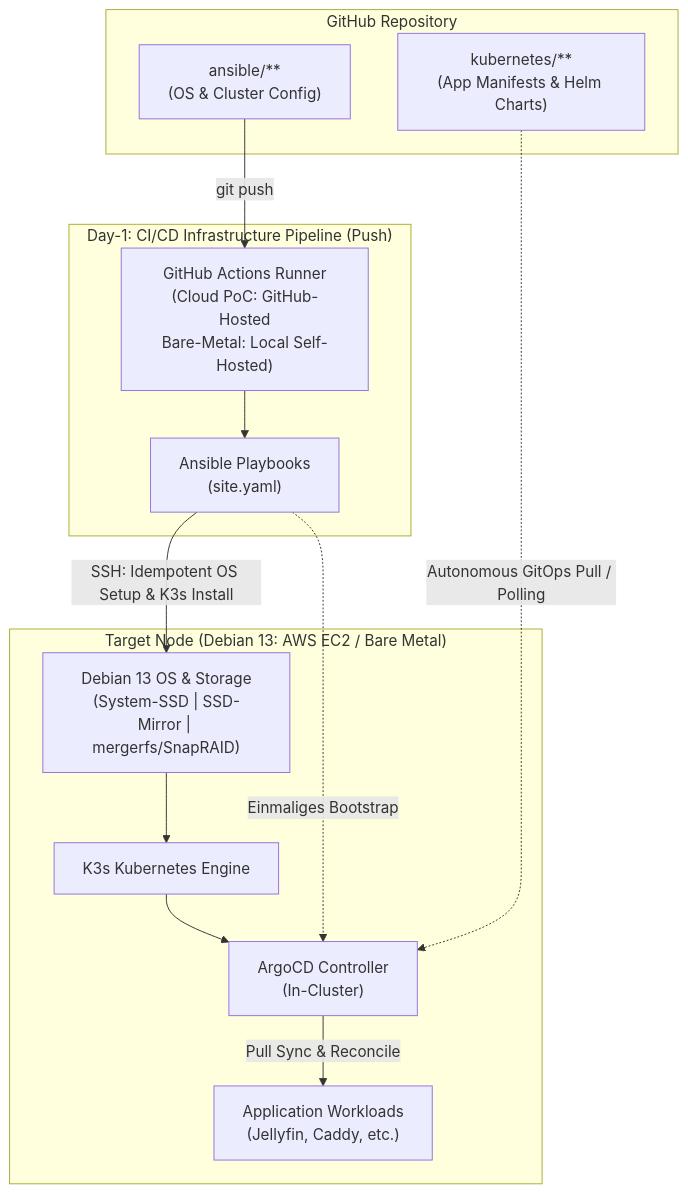
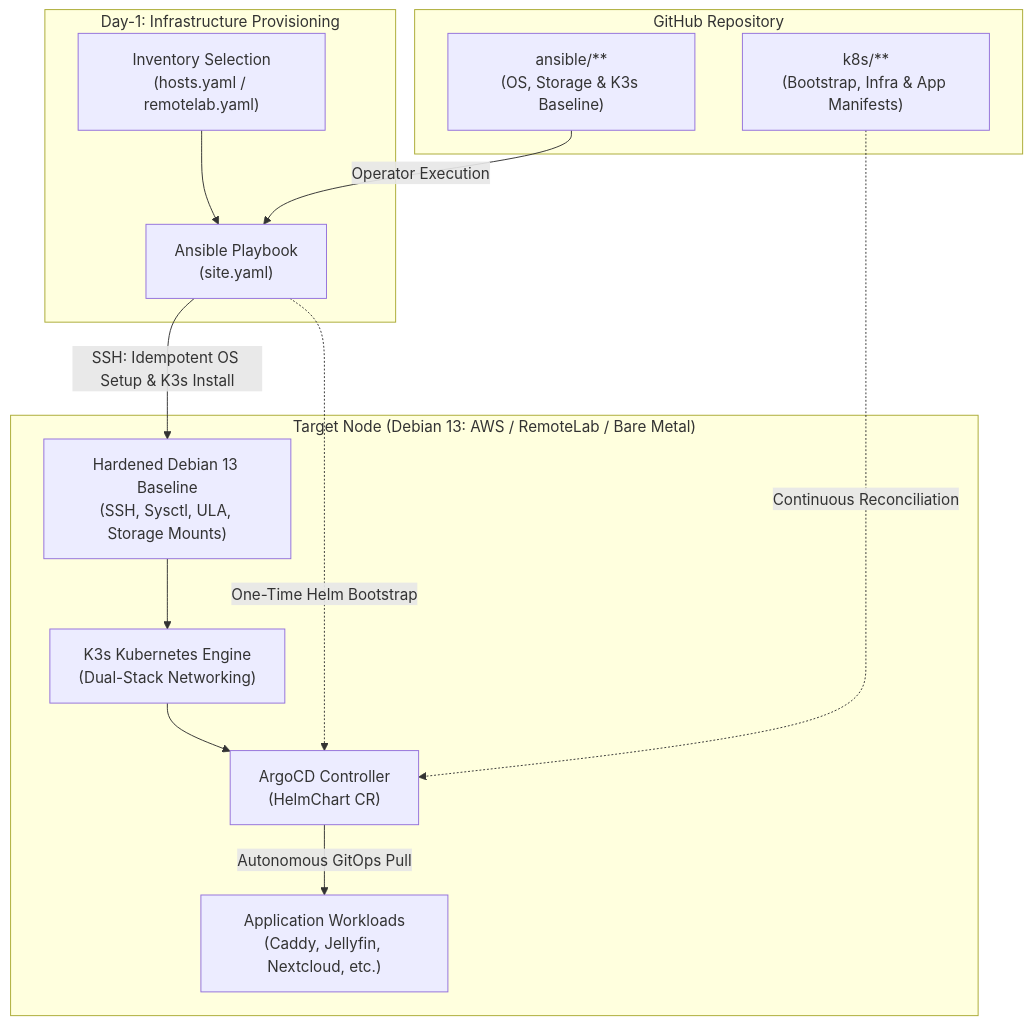
One commit to atrisko/k3s-homelab-migration changed the diagram in README.md. Above: the diagram before and after it, drawn with Mermaid. The commit also changed other lines of this file and 2 other files, not shown here.

Commit message:
docs: align README with codebase, clean up roadmap phases and eliminate language mix

````diff
--- a/README.md
+++ b/README.md
@@ -63,30 +63,30 @@
 ```mermaid
 flowchart TD
     subgraph Repo ["GitHub Repository"]
-        CodeAnsible["ansible/**<br/>(OS & Cluster Config)"]
-        CodeK8s["kubernetes/**<br/>(App Manifests & Helm Charts)"]
+        CodeAnsible["ansible/**<br/>(OS, Storage & K3s Baseline)"]
+        CodeK8s["k8s/**<br/>(Bootstrap, Infra & App Manifests)"]
     end
 
-    subgraph Day1 ["Day-1: CI/CD Infrastructure Pipeline (Push)"]
-        GHA["GitHub Actions Runner<br/>(Cloud PoC: GitHub-Hosted<br/>Bare-Metal: Local Self-Hosted)"]
-        Playbook["Ansible Playbooks<br/>(site.yaml)"]
-        GHA --> Playbook
+    subgraph Day1 ["Day-1: Infrastructure Provisioning"]
+        AnsibleCLI["Ansible Playbook<br/>(site.yaml)"]
+        Inv["Inventory Selection<br/>(hosts.yaml / remotelab.yaml)"]
+        Inv --> AnsibleCLI
     end
 
-    subgraph Target ["Target Node (Debian 13: AWS EC2 / Bare Metal)"]
-        OS["Debian 13 OS & Storage<br/>(System-SSD | SSD-Mirror | mergerfs/SnapRAID)"]
-        K3sEngine["K3s Kubernetes Engine"]
-        ArgoCDEngine["ArgoCD Controller<br/>(In-Cluster)"]
-        Containers["Application Workloads<br/>(Jellyfin, Caddy, etc.)"]
+    subgraph Target ["Target Node (Debian 13: AWS / RemoteLab / Bare Metal)"]
+        OS["Hardened Debian 13 Baseline<br/>(SSH, Sysctl, ULA, Storage Mounts)"]
+        K3sEngine["K3s Kubernetes Engine<br/>(Dual-Stack Networking)"]
+        ArgoCDEngine["ArgoCD Controller<br/>(HelmChart CR)"]
+        Workloads["Application Workloads<br/>(Caddy, Jellyfin, Nextcloud, etc.)"]
 
         OS --> K3sEngine
         K3sEngine --> ArgoCDEngine
-        ArgoCDEngine -->|Pull Sync & Reconcile| Containers
+        ArgoCDEngine -->|Autonomous GitOps Pull| Workloads
     end
 
-    CodeAnsible -->|git push| GHA
-    Playbook -->|SSH: Idempotent OS Setup & K3s Install| OS
-    Playbook -.->|Einmaliges Bootstrap| ArgoCDEngine
+    CodeAnsible -->|Operator Execution| AnsibleCLI
+    AnsibleCLI -->|SSH: Idempotent OS Setup & K3s Install| OS
+    AnsibleCLI -.->|One-Time Helm Bootstrap| ArgoCDEngine
 
-    CodeK8s -.->|Autonomous GitOps Pull / Polling| ArgoCDEngine
+    CodeK8s -.->|Continuous Reconciliation| ArgoCDEngine
 ```
````
